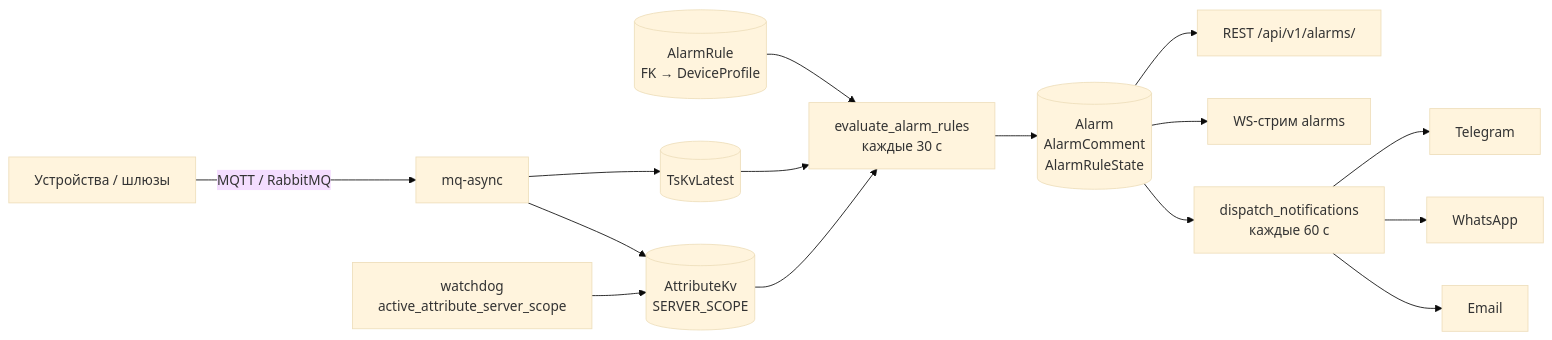
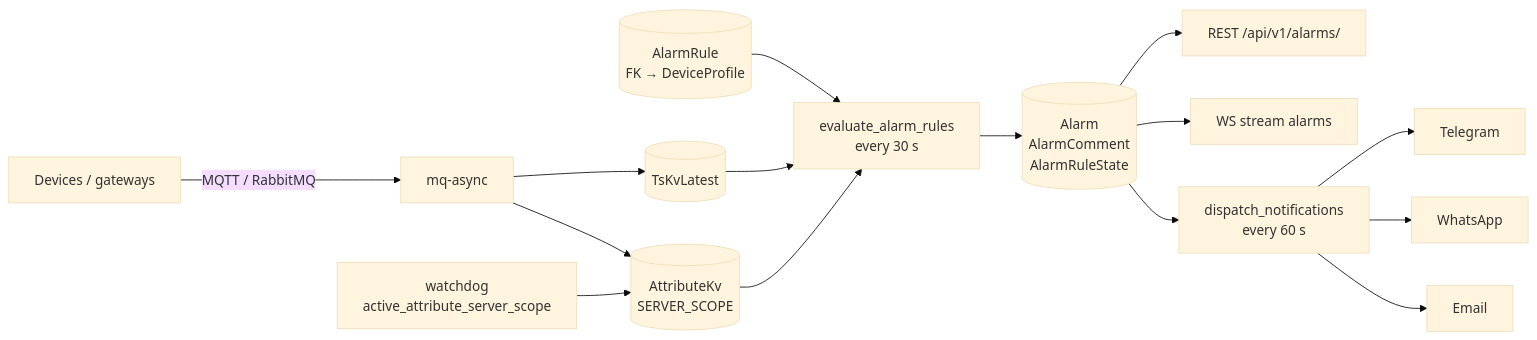
Before and after one commit to bt-roomio/GRMS: the first of 2 diagrams in docs/alarms.md, drawn with Mermaid (base theme). The commit also changed other lines of this file and 8 other files, not shown here.

First line of the commit message:
feat(alarms): suppress create rules behind a dead gateway

````diff
--- a/docs/alarms.md
+++ b/docs/alarms.md
@@ -47,16 +47,16 @@
 ```mermaid
 flowchart LR
-    DEV[Устройства / шлюзы] -->|MQTT / RabbitMQ| MQ[mq-async]
+    DEV[Devices / gateways] -->|MQTT / RabbitMQ| MQ[mq-async]
     MQ --> LATEST[(TsKvLatest)]
     MQ --> ATTR[(AttributeKv<br/>SERVER_SCOPE)]
     WD[watchdog<br/>active_attribute_server_scope] --> ATTR
     RULES[(AlarmRule<br/>FK → DeviceProfile)] --> EVAL
-    LATEST --> EVAL[evaluate_alarm_rules<br/>каждые 30 с]
+    LATEST --> EVAL[evaluate_alarm_rules<br/>every 30 s]
     ATTR --> EVAL
     EVAL --> ALARM[(Alarm<br/>AlarmComment<br/>AlarmRuleState)]
     ALARM --> REST[REST /api/v1/alarms/]
-    ALARM --> WS[WS-стрим alarms]
-    ALARM --> DISP[dispatch_notifications<br/>каждые 60 с] --> TG[Telegram]
+    ALARM --> WS[WS stream alarms]
+    ALARM --> DISP[dispatch_notifications<br/>every 60 s] --> TG[Telegram]
     DISP --> WA[WhatsApp]
     DISP --> MAIL[Email]
 ```
````
